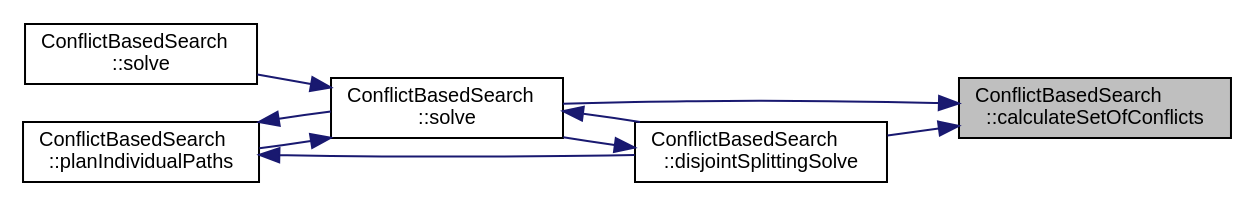
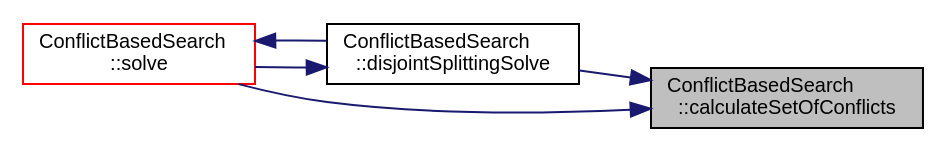
The diagram in classConflictBasedSearch_a6070f03e97d9e3ea822f5ed1a0bfe9a1_icgraph.dot (JMans15/TFE_MAPF), drawn with Graphviz before and after one commit. The commit also changed 448 other files, not shown here.

```diff
--- a/classConflictBasedSearch_a6070f03e97d9e3ea822f5ed1a0bfe9a1_icgraph.dot
+++ b/classConflictBasedSearch_a6070f03e97d9e3ea822f5ed1a0bfe9a1_icgraph.dot
@@ -1,21 +1,15 @@
 digraph "ConflictBasedSearch::calculateSetOfConflicts"
 {
  // INTERACTIVE_SVG=YES
  // LATEX_PDF_SIZE
   edge [fontname="Helvetica",fontsize="10",labelfontname="Helvetica",labelfontsize="10"];
   node [fontname="Helvetica",fontsize="10",shape=record];
   rankdir="RL";
   Node1 [label="ConflictBasedSearch\l::calculateSetOfConflicts",height=0.2,width=0.4,color="black", fillcolor="grey75", style="filled", fontcolor="black",tooltip=" "];
   Node1 -> Node2 [dir="back",color="midnightblue",fontsize="10",style="solid",fontname="Helvetica"];
   Node2 [label="ConflictBasedSearch\l::disjointSplittingSolve",height=0.2,width=0.4,color="black", fillcolor="white", style="filled",URL="$classConflictBasedSearch.html#a1e9a1fbd7e074039fee97bc5ad4c6b55",tooltip=" "];
   Node2 -> Node3 [dir="back",color="midnightblue",fontsize="10",style="solid",fontname="Helvetica"];
-  Node3 [label="ConflictBasedSearch\l::solve",height=0.2,width=0.4,color="black", fillcolor="white", style="filled",URL="$classConflictBasedSearch.html#a6aadc55f462faad9ce67903a59b96c62",tooltip=" "];
+  Node3 [label="ConflictBasedSearch\l::solve",height=0.2,width=0.4,color="red", fillcolor="white", style="filled",URL="$classConflictBasedSearch.html#a6aadc55f462faad9ce67903a59b96c62",tooltip=" "];
   Node3 -> Node2 [dir="back",color="midnightblue",fontsize="10",style="solid",fontname="Helvetica"];
-  Node3 -> Node4 [dir="back",color="midnightblue",fontsize="10",style="solid",fontname="Helvetica"];
-  Node4 [label="ConflictBasedSearch\l::planIndividualPaths",height=0.2,width=0.4,color="black", fillcolor="white", style="filled",URL="$classConflictBasedSearch.html#a2d4ce8cb5d44727d73f4489b39ad1d54",tooltip=" "];
-  Node4 -> Node2 [dir="back",color="midnightblue",fontsize="10",style="solid",fontname="Helvetica"];
-  Node4 -> Node3 [dir="back",color="midnightblue",fontsize="10",style="solid",fontname="Helvetica"];
-  Node3 -> Node5 [dir="back",color="midnightblue",fontsize="10",style="solid",fontname="Helvetica"];
-  Node5 [label="ConflictBasedSearch\l::solve",height=0.2,width=0.4,color="black", fillcolor="white", style="filled",URL="$classConflictBasedSearch.html#a4dac9eef3a5e99677a116bf1dd3e02b0",tooltip=" "];
   Node1 -> Node3 [dir="back",color="midnightblue",fontsize="10",style="solid",fontname="Helvetica"];
 }
```
